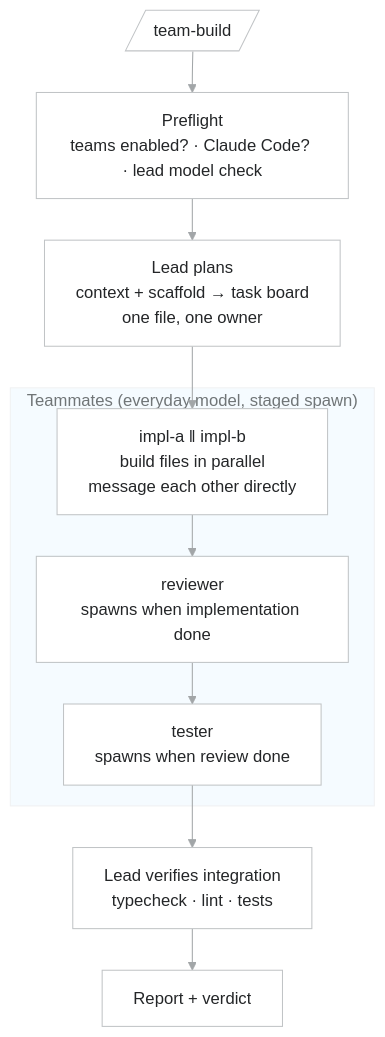
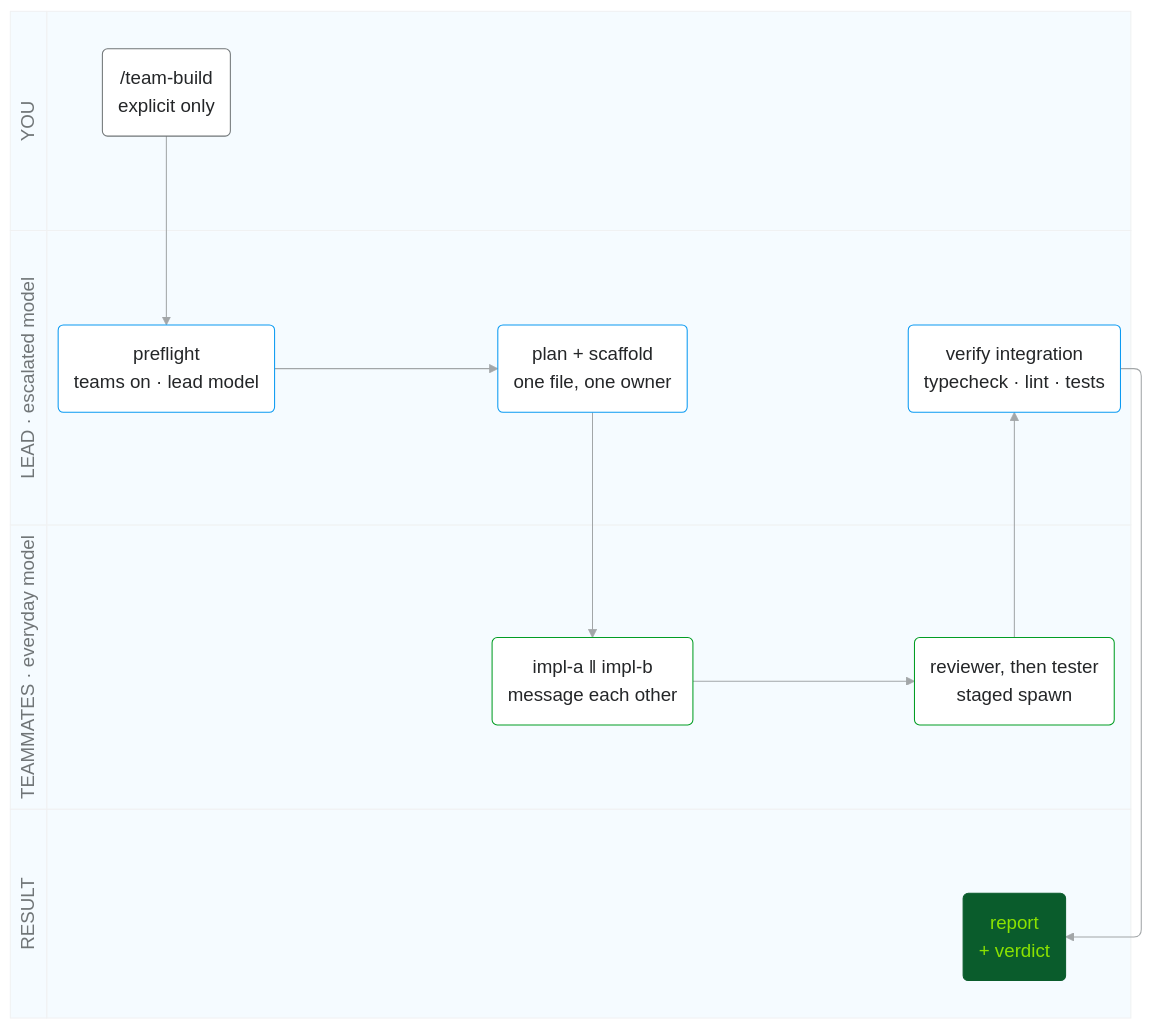
One commit to raditia/CraftKit changed diagram 11 of 13 in README.md. Above: the diagram before and after it, drawn with Mermaid. The commit also changed other lines of this file, not shown here.

First line of the commit message:
docs: simplify remaining README diagrams

````diff
--- a/README.md
+++ b/README.md
@@ -1073,34 +921,48 @@
 ```mermaid
 ---
 config:
   theme: base
   look: classic
   fontFamily: "-apple-system, BlinkMacSystemFont, Segoe UI, Helvetica, Arial, sans-serif"
   themeVariables:
     fontFamily: "-apple-system, BlinkMacSystemFont, Segoe UI, Helvetica, Arial, sans-serif"
-    fontSize: 16px
+    fontSize: 18px
     primaryColor: "#FFFFFF"
     primaryBorderColor: "#C1C4C6"
     primaryTextColor: "#242628"
     lineColor: "#A2A6A8"
     clusterBkg: "#F5FBFF"
     clusterBorder: "#F0F1F2"
     titleColor: "#707577"
     edgeLabelBackground: "#FFFFFF"
   flowchart:
-    curve: basis
-    wrappingWidth: 240
-    nodeSpacing: 30
-    rankSpacing: 40
+    wrappingWidth: 260
 ---
-flowchart TD
-    A[/team-build/] --> B["Preflight<br/>teams enabled? · Claude Code? · lead model check"]
-    B --> C["Lead plans<br/>context + scaffold → task board<br/>one file, one owner"]
-    C --> D
-    subgraph team ["Teammates (everyday model, staged spawn)"]
-        D["impl-a ‖ impl-b<br/>build files in parallel<br/>message each other directly"] --> E["reviewer<br/>spawns when implementation done"]
-        E --> F["tester<br/>spawns when review done"]
+swimlane-beta LR
+    subgraph you["YOU"]
+        ask("/team-build<br/>explicit only")
     end
-    F --> G["Lead verifies integration<br/>typecheck · lint · tests"]
-    G --> H[Report + verdict]
+    subgraph lead["LEAD · escalated model"]
+        pre("preflight<br/>teams on · lead model")
+        plan("plan + scaffold<br/>one file, one owner")
+        ver("verify integration<br/>typecheck · lint · tests")
+    end
+    subgraph team["TEAMMATES · everyday model"]
+        impl("impl-a ‖ impl-b<br/>message each other")
+        rt("reviewer, then tester<br/>staged spawn")
+    end
+    subgraph result["RESULT"]
+        rep("report<br/>+ verdict")
+    end
+    ask --> pre --> plan --> impl --> rt --> ver --> rep
+
+    classDef you fill:#FFFFFF,stroke:#707577,color:#242628
+    classDef hook fill:#D1F0FF,stroke:#0A9AF2,color:#242628,stroke-dasharray:4 3
+    classDef main fill:#FFFFFF,stroke:#0A9AF2,color:#242628
+    classDef sub fill:#FFFFFF,stroke:#029D24,color:#242628
+    classDef verdict fill:#0A5C2C,stroke:#0A5C2C,color:#8BE200
+    class ask you
+    class pre,plan,ver main
+    class impl,rt sub
+    class rep verdict
 ```
````
